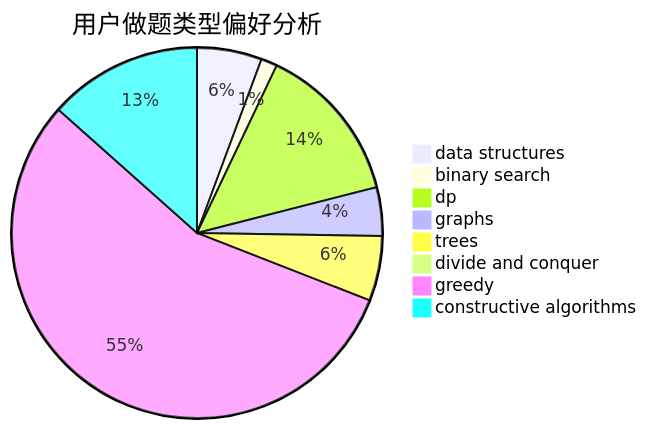
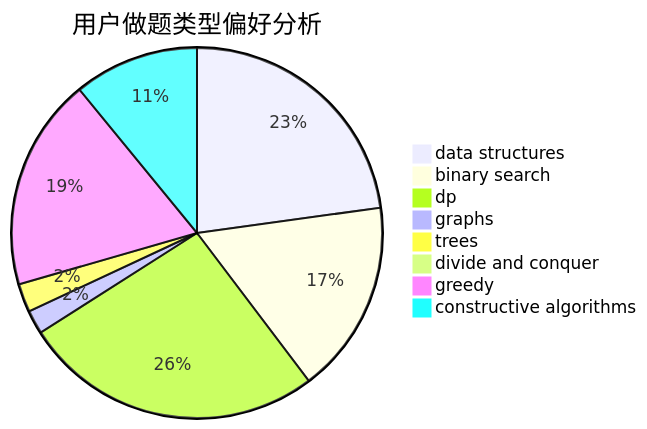
Before and after one commit to sherpahu/cfrs.github.io: the second of 3 diagrams in docs/user/u1269.md, drawn with Mermaid. The commit also changed other lines of this file and 2770 other files, not shown here.

````diff
--- a/docs/user/u1269.md
+++ b/docs/user/u1269.md
@@ -23,11 +23,11 @@
 ```mermaid
 pie title 用户做题类型偏好分析
-    "data structures" :  32
-    "binary search" :  8
-    "dp" :  79
-    "graphs" :  24
-    "trees" :  32
-    "divide and conquer" :  3
-    "greedy" :  315
-    "constructive algorithms" :  76
+    "data structures" :  165
+    "binary search" :  122
+    "dp" :  190
+    "graphs" :  15
+    "trees" :  18
+    "divide and conquer" :  0
+    "greedy" :  134
+    "constructive algorithms" :  79
 ```
````
